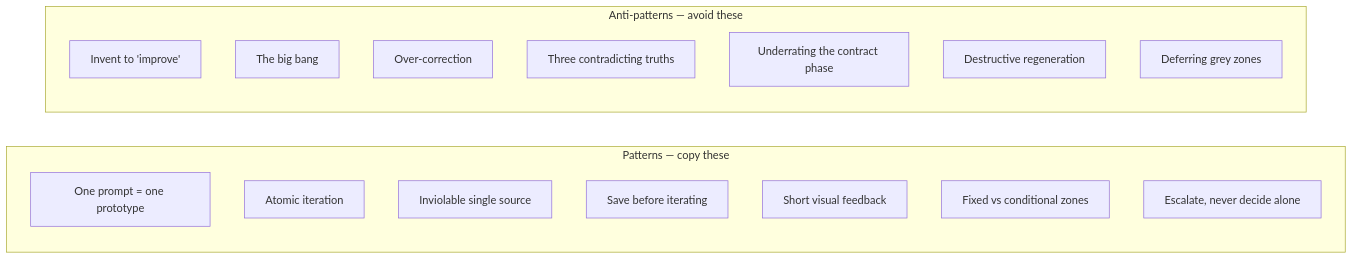
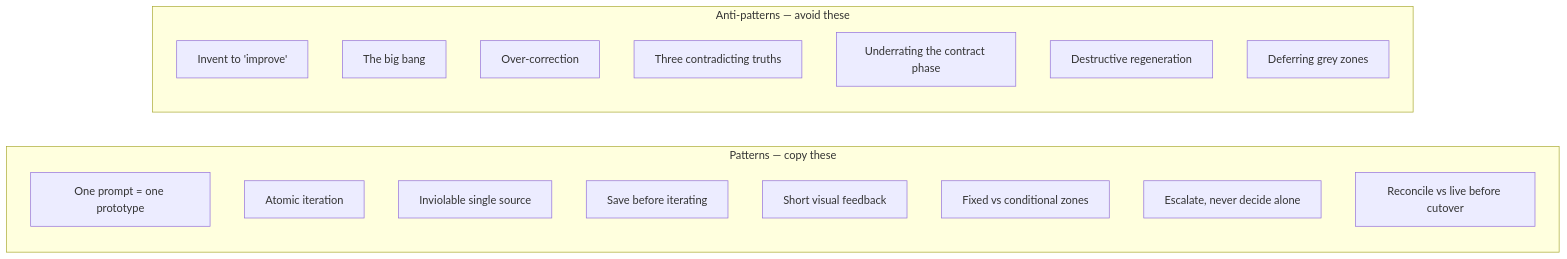
Before and after one commit to gabrielchinarro-pro/mainstay: the diagram in docs/en/09-patterns-and-antipatterns.md, drawn with Mermaid. The commit also changed other lines of this file and 1 other file, not shown here.

Commit message:
docs(patterns): Pattern 8, reconcile against the live source before cutover (en+fr)

````diff
--- a/docs/en/09-patterns-and-antipatterns.md
+++ b/docs/en/09-patterns-and-antipatterns.md
@@ -10,21 +10,22 @@
 ```mermaid
 flowchart LR
     subgraph P["Patterns — copy these"]
       P1["One prompt = one prototype"]
       P2["Atomic iteration"]
       P3["Inviolable single source"]
       P4["Save before iterating"]
       P5["Short visual feedback"]
       P6["Fixed vs conditional zones"]
       P7["Escalate, never decide alone"]
+      P8["Reconcile vs live before cutover"]
     end
     subgraph A["Anti-patterns — avoid these"]
       A1["Invent to 'improve'"]
       A2["The big bang"]
       A3["Over-correction"]
       A4["Three contradicting truths"]
       A5["Underrating the contract phase"]
       A6["Destructive regeneration"]
       A7["Deferring grey zones"]
     end
 ```
````
